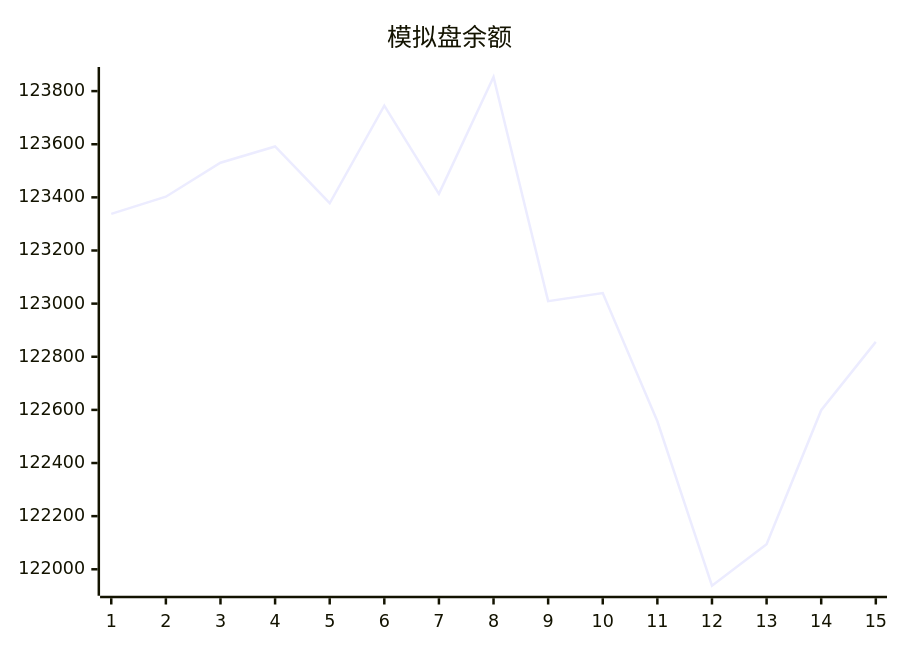
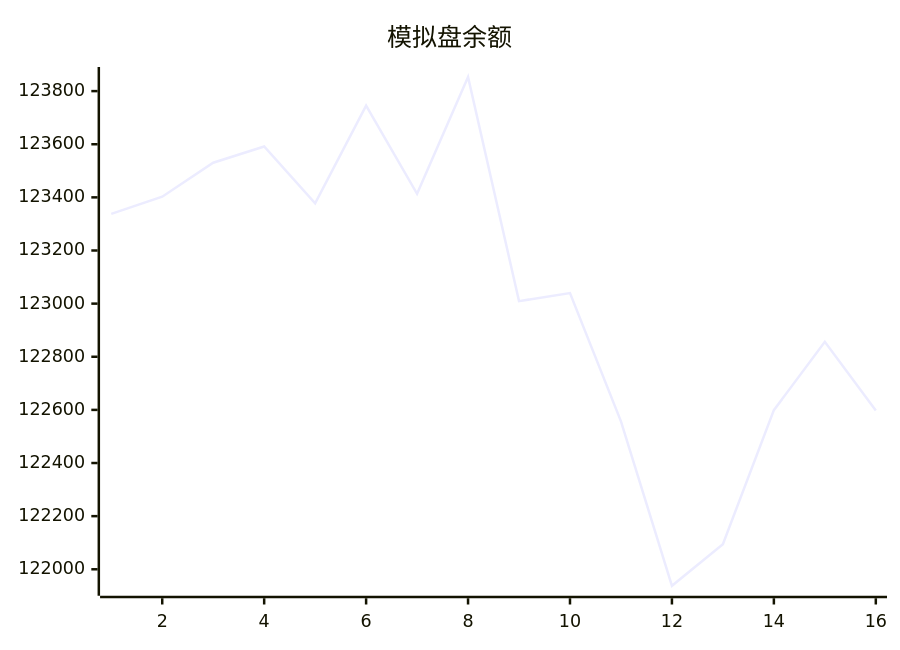
One commit to aahl/mcp-aktools changed the diagram in trading/README.md. Above: the diagram before and after it, drawn with Mermaid. The commit also changed 1 other file, not shown here.

Commit message:
📈 AkTools MCP Server

````diff
--- a/trading/README.md
+++ b/trading/README.md
@@ -3,5 +3,5 @@
 ```mermaid
 xychart
     title "模拟盘余额"
-    line [123337.9,123402.4,123530.3,123591.6,123377.9,123745.3,123413.3,123853.1,123009.4,123039.8,122557.0,121938.0,122094.6,122599.0,122856.1]
+    line [123337.9,123402.4,123530.3,123591.6,123377.9,123745.3,123413.3,123853.1,123009.4,123039.8,122557.0,121938.0,122094.6,122599.0,122856.1,122597.3]
 ```
````
